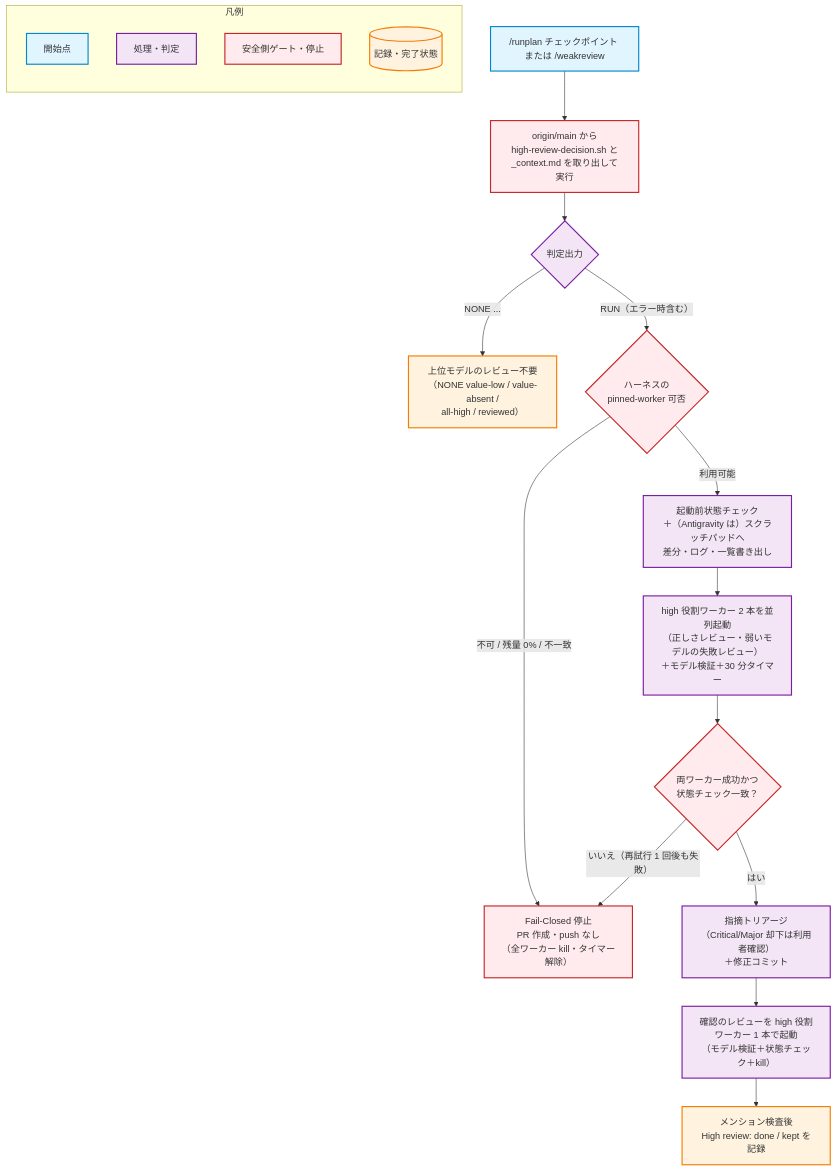
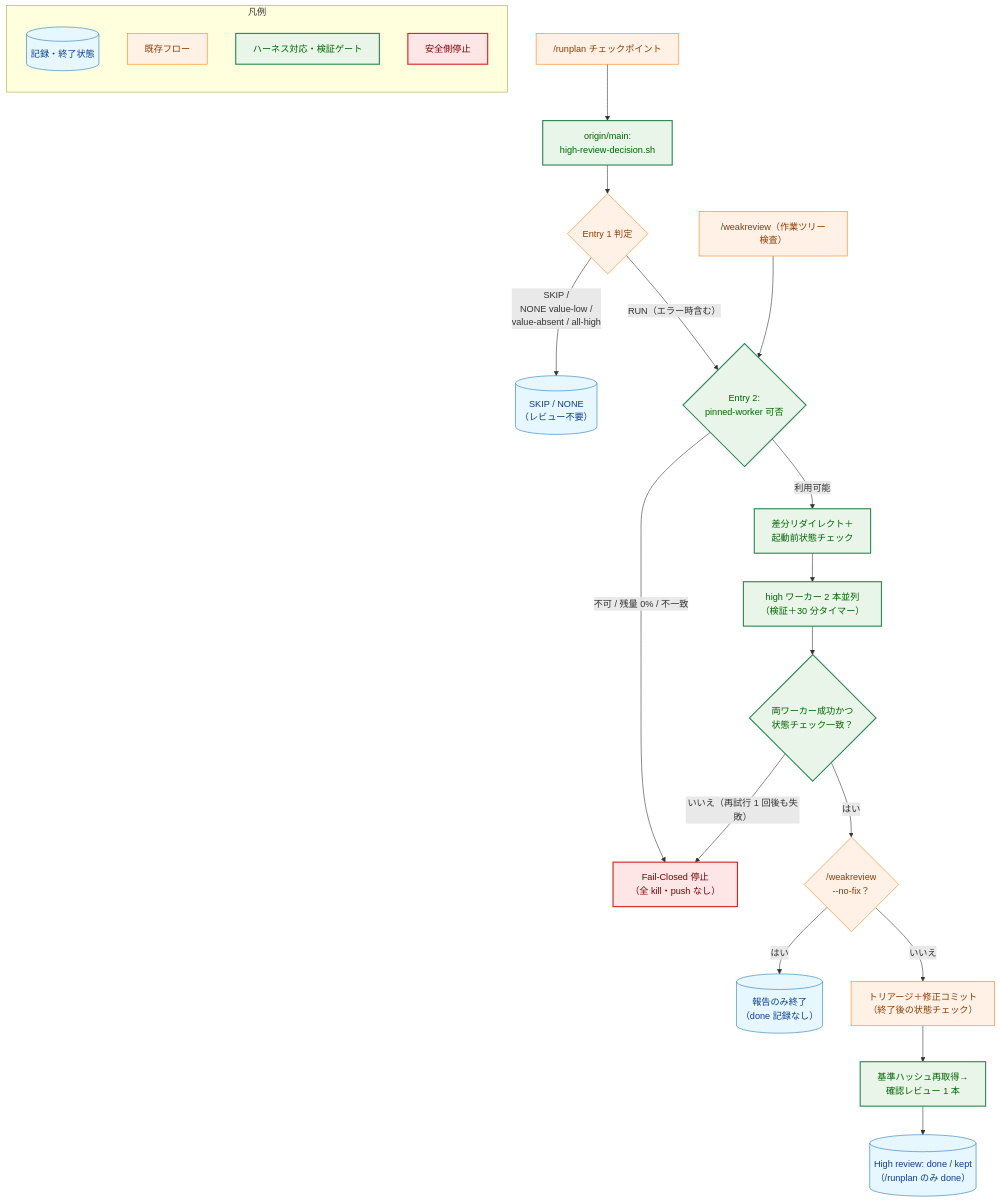
One commit to isseis/yt2column changed the seventh of 7 diagrams in docs/tasks/0120_harness_independent_commands/02_architecture.md. Above: the diagram before and after it, drawn with Mermaid. The commit also changed other lines of this file and 2 other files, not shown here.

Commit message:
docs(0120): address panel review and japrose findings

````diff
--- a/docs/tasks/0120_harness_independent_commands/02_architecture.md
+++ b/docs/tasks/0120_harness_independent_commands/02_architecture.md
@@ -658,36 +706,42 @@
 ```mermaid
 flowchart TD
-    classDef entry fill:#e1f5ff,stroke:#0288d1,stroke-width:2px
-    classDef process fill:#f3e5f5,stroke:#7b1fa2,stroke-width:2px
-    classDef store fill:#fff3e0,stroke:#f57c00,stroke-width:2px
-    classDef guard fill:#ffebee,stroke:#c62828,stroke-width:2px
+    classDef data fill:#e6f7ff,stroke:#1f77b4,stroke-width:1px,color:#0b3d91;
+    classDef process fill:#fff1e6,stroke:#ff7f0e,stroke-width:1px,color:#8a3e00;
+    classDef enhanced fill:#e8f5e8,stroke:#2e8b57,stroke-width:2px,color:#006400;
+    classDef problem fill:#ffe6e6,stroke:#d62728,stroke-width:2px,color:#7b0000;
 
-    start["/runplan チェックポイント または /weakreview"]:::entry
-    fetch["origin/main から<br>high-review-decision.sh と<br>_context.md を取り出して実行"]:::guard
-    dec{"判定出力"}:::process
-    skip["上位モデルのレビュー不要<br>（NONE value-low / value-absent /<br>all-high / reviewed）"]:::store
-    checkH{"ハーネスの<br>pinned-worker 可否"}:::guard
-    stopFail["Fail-Closed 停止<br>PR 作成・push なし<br>（全ワーカー kill・タイマー解除）"]:::guard
-    prep["起動前状態チェック<br>＋（Antigravity は）スクラッチパッドへ<br>差分・ログ・一覧書き出し"]:::process
-    run2["high 役割ワーカー 2 本を並列起動<br>（正しさレビュー・弱いモデルの失敗レビュー）<br>＋モデル検証＋30 分タイマー"]:::process
-    v1{"両ワーカー成功かつ<br>状態チェック一致？"}:::guard
-    triage["指摘トリアージ<br>（Critical/Major 却下は利用者確認）<br>＋修正コミット"]:::process
-    confirm["確認のレビューを high 役割ワーカー 1 本で起動<br>（モデル検証＋状態チェック＋kill）"]:::process
-    record["メンション検査後<br>High review: done / kept を記録"]:::store
+    eRunplan["/runplan チェックポイント"]:::process
+    eWeak["/weakreview（作業ツリー検査）"]:::process
+    fetch["origin/main:<br>high-review-decision.sh"]:::enhanced
+    dec{"Entry 1 判定"}:::process
+    skip[("SKIP / NONE<br>（レビュー不要）")]:::data
+    checkH{"Entry 2:<br>pinned-worker 可否"}:::enhanced
+    stopFail["Fail-Closed 停止<br>（全 kill・push なし）"]:::problem
+    prep["差分リダイレクト＋<br>起動前状態チェック"]:::enhanced
+    run2["high ワーカー 2 本並列<br>（検証＋30 分タイマー）"]:::enhanced
+    v1{"両ワーカー成功かつ<br>状態チェック一致？"}:::enhanced
+    noFix{"/weakreview<br>--no-fix？"}:::process
+    reportOnly[("報告のみ終了<br>（done 記録なし）")]:::data
+    triage["トリアージ＋修正コミット<br>（終了後の状態チェック）"]:::process
+    confirm["基準ハッシュ再取得→<br>確認レビュー 1 本"]:::enhanced
+    doneRec[("High review: done / kept<br>（/runplan のみ done）")]:::data
 
-    start --> fetch --> dec
-    dec -- "NONE ..." --> skip
+    eRunplan --> fetch --> dec
+    dec -- "SKIP <done-line> /<br>NONE value-low /<br>value-absent / all-high" --> skip
     dec -- "RUN（エラー時含む）" --> checkH
+    eWeak --> checkH
     checkH -- "不可 / 残量 0% / 不一致" --> stopFail
     checkH -- "利用可能" --> prep --> run2 --> v1
     v1 -- "いいえ（再試行 1 回後も失敗）" --> stopFail
-    v1 -- "はい" --> triage --> confirm --> record
+    v1 -- "はい" --> noFix
+    noFix -- "はい" --> reportOnly
+    noFix -- "いいえ" --> triage --> confirm --> doneRec
 
     subgraph legend["凡例"]
         direction TB
-        f1["開始点"]:::entry
-        f2["処理・判定"]:::process
-        f3["安全側ゲート・停止"]:::guard
-        f4[("記録・完了状態")]:::store
+        f1[("記録・終了状態")]:::data
+        f2["既存フロー"]:::process
+        f3["ハーネス対応・検証ゲート"]:::enhanced
+        f4["安全側停止"]:::problem
     end
 ```
````
